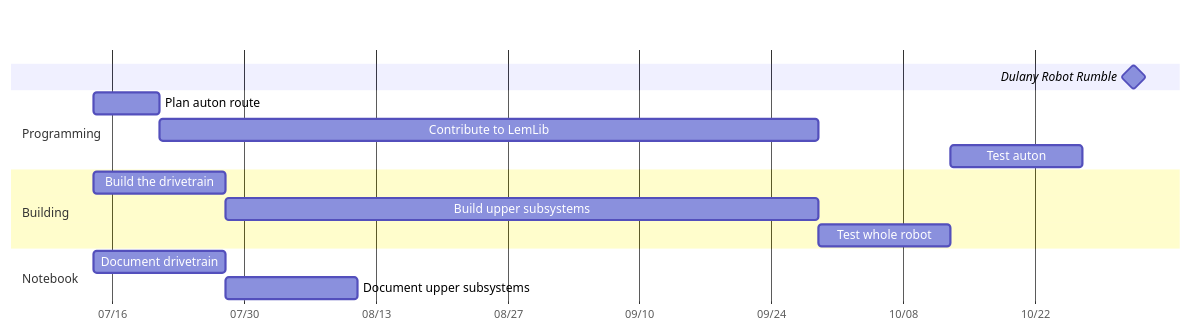
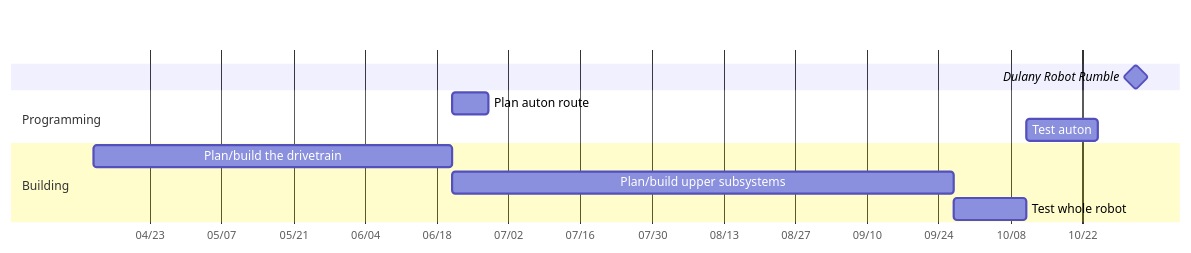
One commit to Area-53-Robotics/53E-Notebook-Over-Under-2023-2024 changed the diagram in assets/mermaid/gantt.mmd. Above: the diagram before and after it, drawn with Mermaid. The commit also changed other lines of this file and 7 other files, not shown here.

Commit message:
Updated gantt diagram

```diff
--- a/assets/mermaid/gantt.mmd
+++ b/assets/mermaid/gantt.mmd
@@ -1,17 +1,13 @@
 gantt
 	dateFormat YYYY/MM/DD
 	axisFormat %m/%d
 	tickInterval 2week
     todayMarker off
 	Dulany Robot Rumble: milestone, m1, 2023/11/01, 1d
 	section Programming
-		Plan auton route       :a1, 2023/07/14, 1w
-		Contribute to LemLib   :after a1, 10w
+		Plan auton route       :a1, after b1, 1w
 		Test auton             :after b3, 2w
   	section Building
-		Build the drivetrain   :b1, 2023/07/14, 2w
-		Build upper subsystems :b2, after b1, 9w
+		Plan/build the drivetrain   :b1, 2023/04/12, 10w
+		Plan/build upper subsystems :b2, after b1, 14w
 		Test whole robot       :b3, after b2, 2w
-    section Notebook
-		Document drivetrain       :c1, 2023/07/14, 2w
-		Document upper subsystems :after c1, 2w
```
